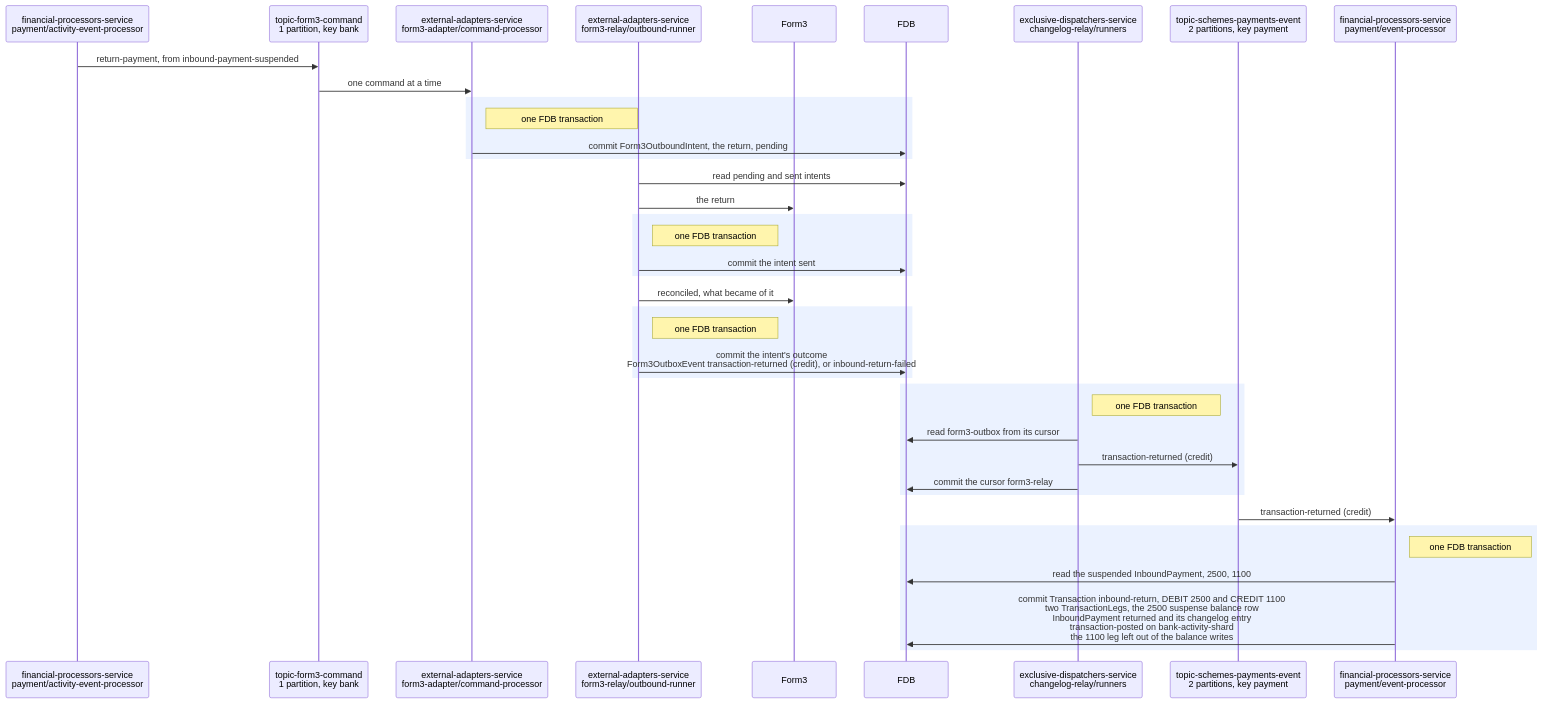
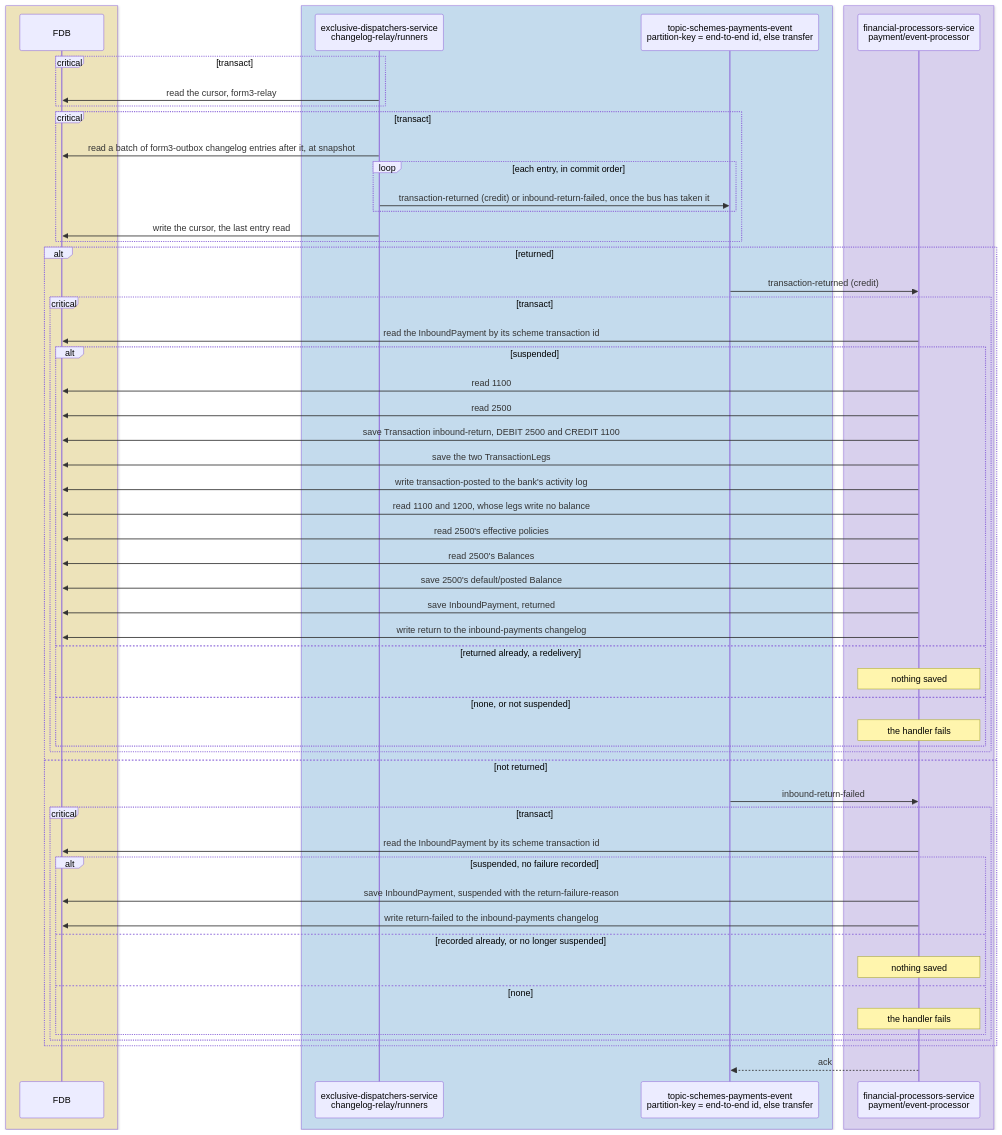
One commit to repldriven/queenswood changed diagram 15 of 15 in docs/tdd/payments-inbound.md. Above: the diagram before and after it, drawn with Mermaid. The commit also changed other lines of this file and 2 other files, not shown here.

Commit message:
Draw outbound and inbound payments to the internal diagrams' conventions

````diff
--- a/docs/tdd/payments-inbound.md
+++ b/docs/tdd/payments-inbound.md
@@ -292,41 +756,60 @@
 ```mermaid
 sequenceDiagram
-    participant AP as financial-processors-service<br/>payment/activity-event-processor
-    participant FC as topic-form3-command<br/>1 partition, key bank
-    participant AD as external-adapters-service<br/>form3-adapter/command-processor
-    participant IP as external-adapters-service<br/>form3-relay/outbound-runner
-    participant PR as Form3
+    box rgba(255, 236, 153, 0.5)
     participant DB as FDB
+    end
+    box rgba(165, 216, 255, 0.45)
     participant OR as exclusive-dispatchers-service<br/>changelog-relay/runners
-    participant SE as topic-schemes-payments-event<br/>2 partitions, key payment
+    participant SE as topic-schemes-payments-event<br/>partition-key = end-to-end id, else transfer
+    end
+    box rgba(208, 191, 255, 0.45)
     participant PE as financial-processors-service<br/>payment/event-processor
-    AP->>FC: return-payment, from inbound-payment-suspended
-    FC->>AD: one command at a time
-    rect rgb(235, 242, 255)
-    Note right of AD: one FDB transaction
-    AD->>DB: commit Form3OutboundIntent, the return, pending
     end
-    IP->>DB: read pending and sent intents
-    IP->>PR: the return
-    rect rgb(235, 242, 255)
-    Note right of IP: one FDB transaction
-    IP->>DB: commit the intent sent
+    critical transact
+    OR->>DB: read the cursor, form3-relay
     end
-    IP->>PR: reconciled, what became of it
-    rect rgb(235, 242, 255)
-    Note right of IP: one FDB transaction
-    IP->>DB: commit the intent's outcome<br/>Form3OutboxEvent transaction-returned (credit), or inbound-return-failed
+    critical transact
+    OR->>DB: read a batch of form3-outbox changelog entries after it, at snapshot
+    loop each entry, in commit order
+    OR->>SE: transaction-returned (credit) or inbound-return-failed, once the bus has taken it
     end
-    rect rgb(235, 242, 255)
-    Note right of OR: one FDB transaction
-    OR->>DB: read form3-outbox from its cursor
-    OR->>SE: transaction-returned (credit)
-    OR->>DB: commit the cursor form3-relay
+    OR->>DB: write the cursor, the last entry read
     end
+    alt returned
     SE->>PE: transaction-returned (credit)
-    rect rgb(235, 242, 255)
-    Note right of PE: one FDB transaction
-    PE->>DB: read the suspended InboundPayment, 2500, 1100
-    PE->>DB: commit Transaction inbound-return, DEBIT 2500 and CREDIT 1100<br/>two TransactionLegs, the 2500 suspense balance row<br/>InboundPayment returned and its changelog entry<br/>transaction-posted on bank-activity-shard<br/>the 1100 leg left out of the balance writes
+    critical transact
+    PE->>DB: read the InboundPayment by its scheme transaction id
+    alt suspended
+    PE->>DB: read 1100
+    PE->>DB: read 2500
+    PE->>DB: save Transaction inbound-return, DEBIT 2500 and CREDIT 1100
+    PE->>DB: save the two TransactionLegs
+    PE->>DB: write transaction-posted to the bank's activity log
+    PE->>DB: read 1100 and 1200, whose legs write no balance
+    PE->>DB: read 2500's effective policies
+    PE->>DB: read 2500's Balances
+    PE->>DB: save 2500's default/posted Balance
+    PE->>DB: save InboundPayment, returned
+    PE->>DB: write return to the inbound-payments changelog
+    else returned already, a redelivery
+    Note over PE: nothing saved
+    else none, or not suspended
+    Note over PE: the handler fails
     end
+    end
+    else not returned
+    SE->>PE: inbound-return-failed
+    critical transact
+    PE->>DB: read the InboundPayment by its scheme transaction id
+    alt suspended, no failure recorded
+    PE->>DB: save InboundPayment, suspended with the return-failure-reason
+    PE->>DB: write return-failed to the inbound-payments changelog
+    else recorded already, or no longer suspended
+    Note over PE: nothing saved
+    else none
+    Note over PE: the handler fails
+    end
+    end
+    end
+    PE-->>SE: ack
 ```
````
